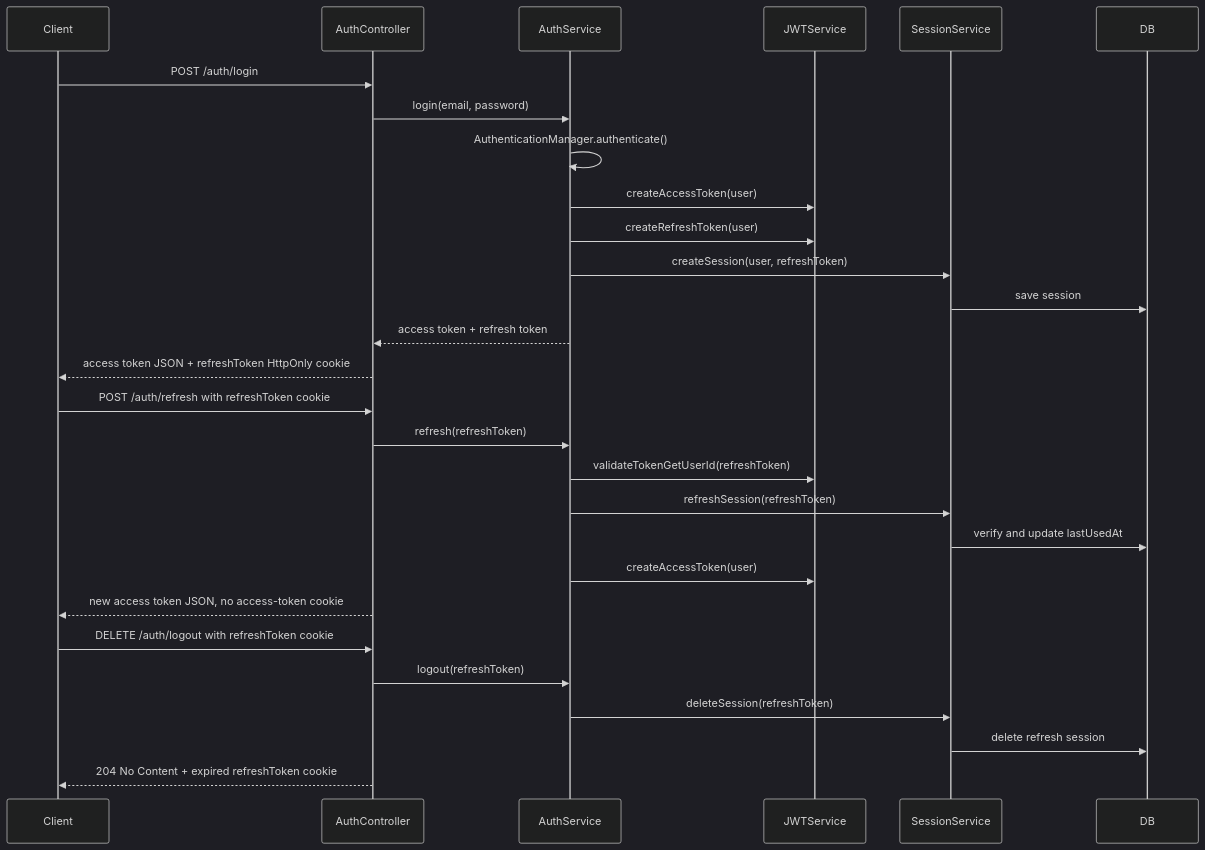
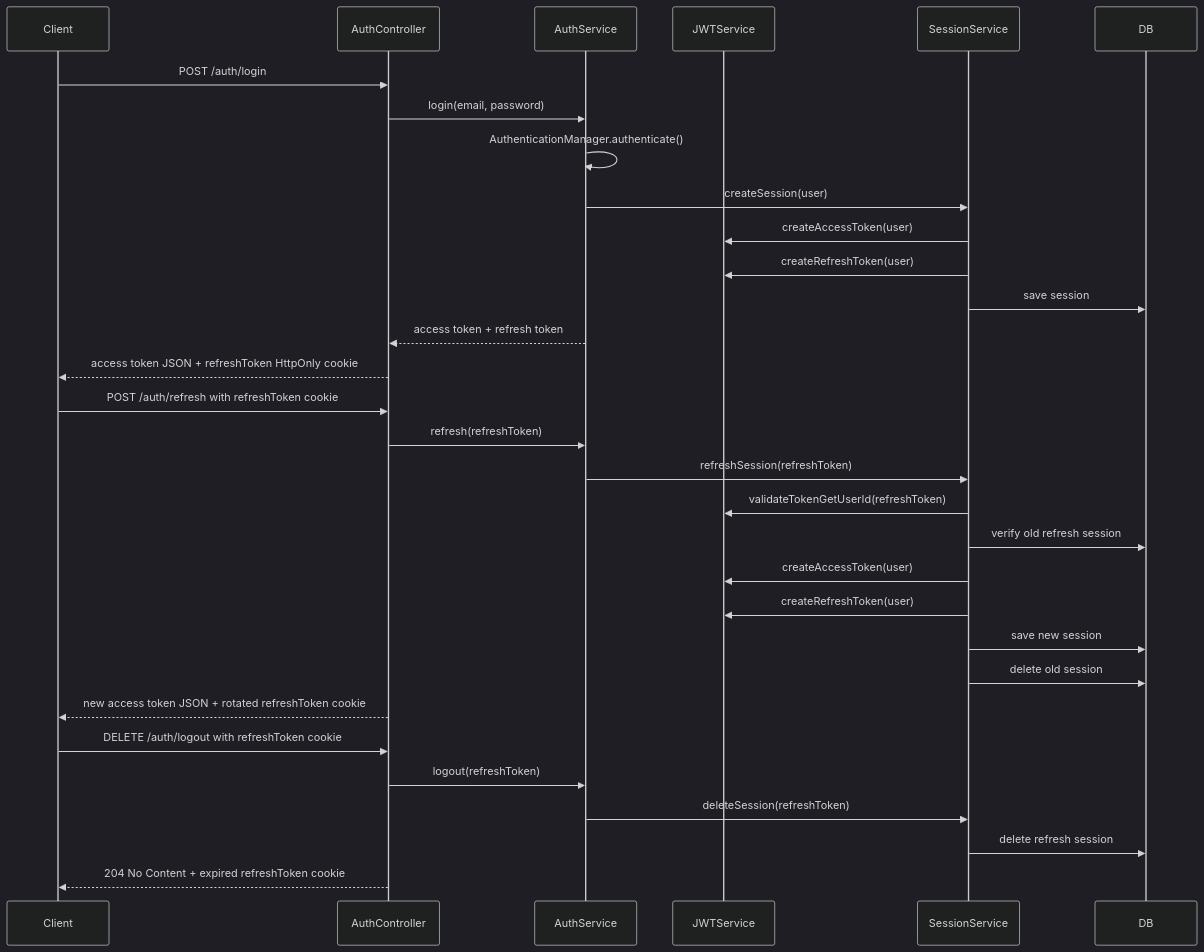
One commit to shubhgaur37/SpringBoot changed the second of 10 diagrams in M5_Spring_Security_Demo/README.md. Above: the diagram before and after it, drawn with Mermaid (dark theme). The commit also changed other lines of this file and 4 other files, not shown here.

Commit message:
Security Measure: Refresh Token Rotation

````diff
--- a/M5_Spring_Security_Demo/README.md
+++ b/M5_Spring_Security_Demo/README.md
@@ -201,33 +204,36 @@
 ```mermaid
 sequenceDiagram
     participant Client
     participant AuthController
     participant AuthService
     participant JWTService
     participant SessionService
     participant DB
 
     Client->>AuthController: POST /auth/login
     AuthController->>AuthService: login(email, password)
     AuthService->>AuthService: AuthenticationManager.authenticate()
-    AuthService->>JWTService: createAccessToken(user)
-    AuthService->>JWTService: createRefreshToken(user)
-    AuthService->>SessionService: createSession(user, refreshToken)
+    AuthService->>SessionService: createSession(user)
+    SessionService->>JWTService: createAccessToken(user)
+    SessionService->>JWTService: createRefreshToken(user)
     SessionService->>DB: save session
     AuthService-->>AuthController: access token + refresh token
     AuthController-->>Client: access token JSON + refreshToken HttpOnly cookie
 
     Client->>AuthController: POST /auth/refresh with refreshToken cookie
     AuthController->>AuthService: refresh(refreshToken)
-    AuthService->>JWTService: validateTokenGetUserId(refreshToken)
     AuthService->>SessionService: refreshSession(refreshToken)
-    SessionService->>DB: verify and update lastUsedAt
-    AuthService->>JWTService: createAccessToken(user)
-    AuthController-->>Client: new access token JSON, no access-token cookie
+    SessionService->>JWTService: validateTokenGetUserId(refreshToken)
+    SessionService->>DB: verify old refresh session
+    SessionService->>JWTService: createAccessToken(user)
+    SessionService->>JWTService: createRefreshToken(user)
+    SessionService->>DB: save new session
+    SessionService->>DB: delete old session
+    AuthController-->>Client: new access token JSON + rotated refreshToken cookie
 
     Client->>AuthController: DELETE /auth/logout with refreshToken cookie
     AuthController->>AuthService: logout(refreshToken)
     AuthService->>SessionService: deleteSession(refreshToken)
     SessionService->>DB: delete refresh session
     AuthController-->>Client: 204 No Content + expired refreshToken cookie
 ```
````
